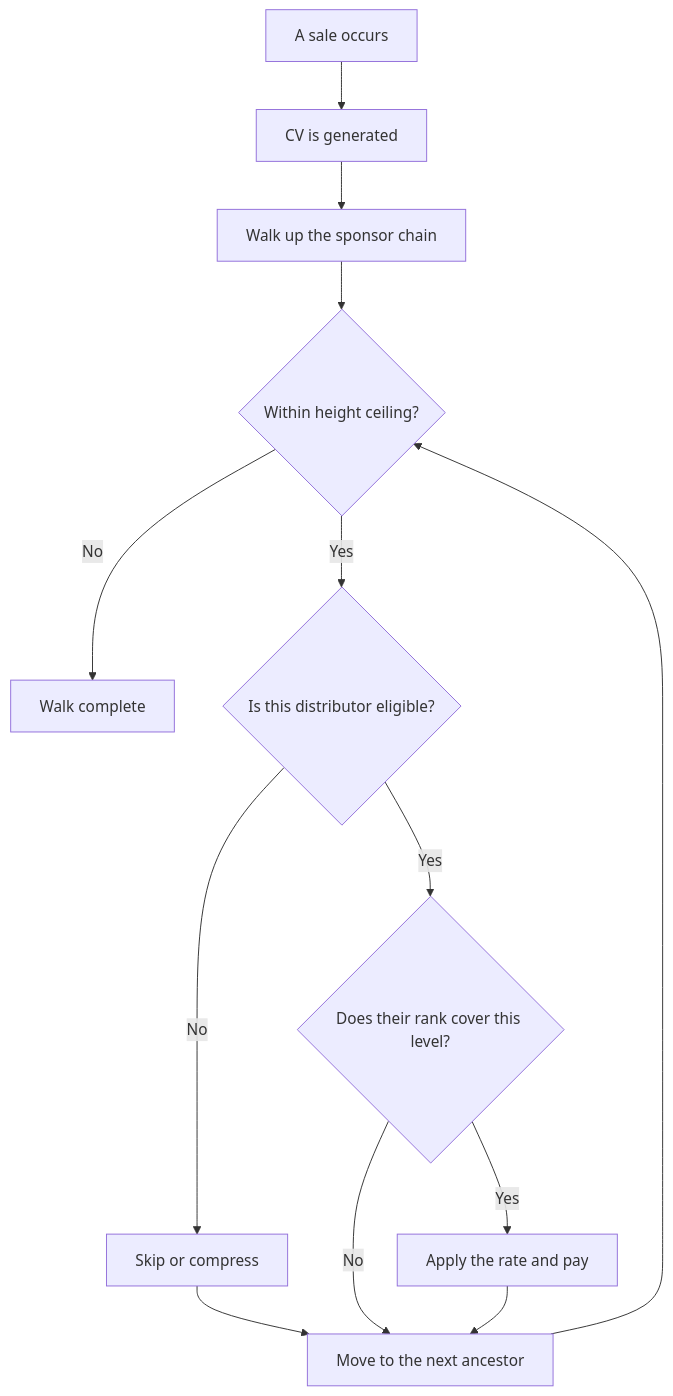
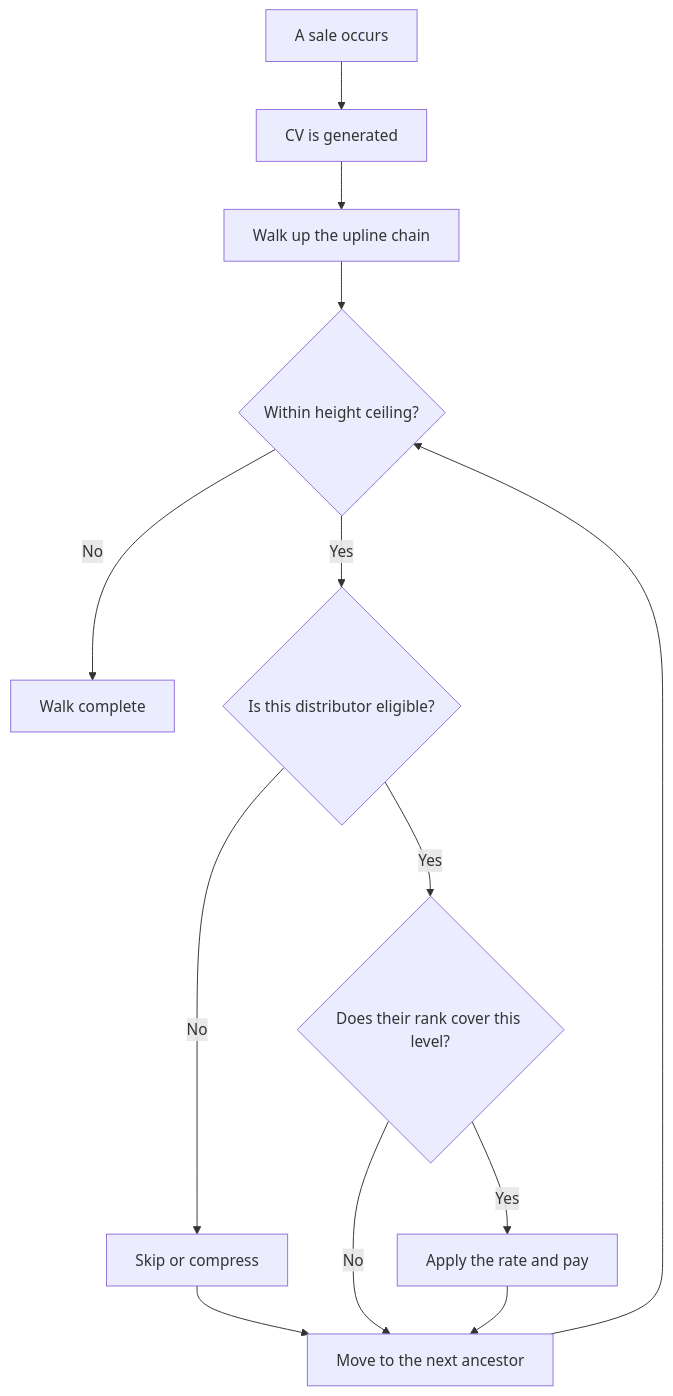
The second of 3 diagrams in content/guides/matrix.md (mheuss/mlmforge), drawn with Mermaid before and after one commit. The commit also changed other lines of this file and 3 other files, not shown here.

````diff
--- a/content/guides/matrix.md
+++ b/content/guides/matrix.md
@@ -50,15 +50,15 @@
 ```mermaid
 flowchart TD
     A[A sale occurs] --> B[CV is generated]
-    B --> C[Walk up the sponsor chain]
+    B --> C[Walk up the upline chain]
     C --> D{Within height ceiling?}
     D -- No --> E[Walk complete]
     D -- Yes --> F{Is this distributor eligible?}
     F -- No --> G[Skip or compress]
     F -- Yes --> H{Does their rank cover this level?}
     H -- No --> I[Move to the next ancestor]
     H -- Yes --> J[Apply the rate and pay]
     G --> I
     J --> I
     I --> D
 ```
````
